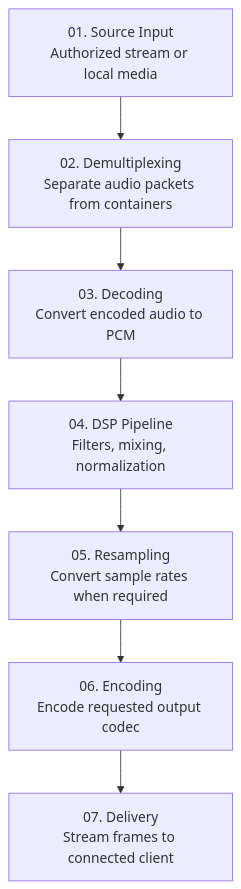
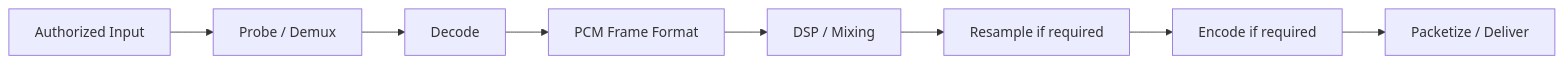
One commit to NICK-FURY-6023/NEXORA changed the second of 3 diagrams in README.md. Above: the diagram before and after it, drawn with Mermaid. The commit also changed other lines of this file, not shown here.

````diff
--- a/README.md
+++ b/README.md
@@ -348,12 +313,10 @@
-``` mermaid
-flowchart TD
-    A["01. Source Input<br/>Authorized stream or local media"]
-    B["02. Demultiplexing<br/>Separate audio packets from containers"]
-    C["03. Decoding<br/>Convert encoded audio to PCM"]
-    D["04. DSP Pipeline<br/>Filters, mixing, normalization"]
-    E["05. Resampling<br/>Convert sample rates when required"]
-    F["06. Encoding<br/>Encode requested output codec"]
-    G["07. Delivery<br/>Stream frames to connected client"]
-
-    A --> B --> C --> D --> E --> F --> G
+```mermaid
+flowchart LR
+    A["Authorized Input"] --> B["Probe / Demux"]
+    B --> C["Decode"]
+    C --> D["PCM Frame Format"]
+    D --> E["DSP / Mixing"]
+    E --> F["Resample if required"]
+    F --> G["Encode if required"]
+    G --> H["Packetize / Deliver"]
 ```
````
